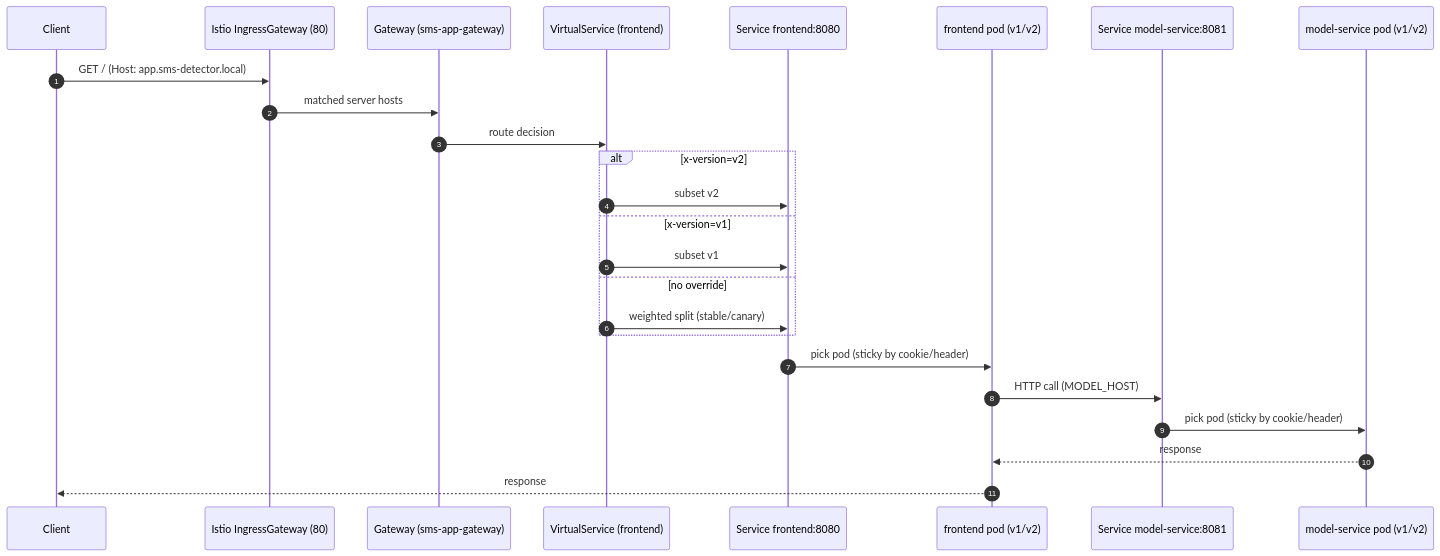
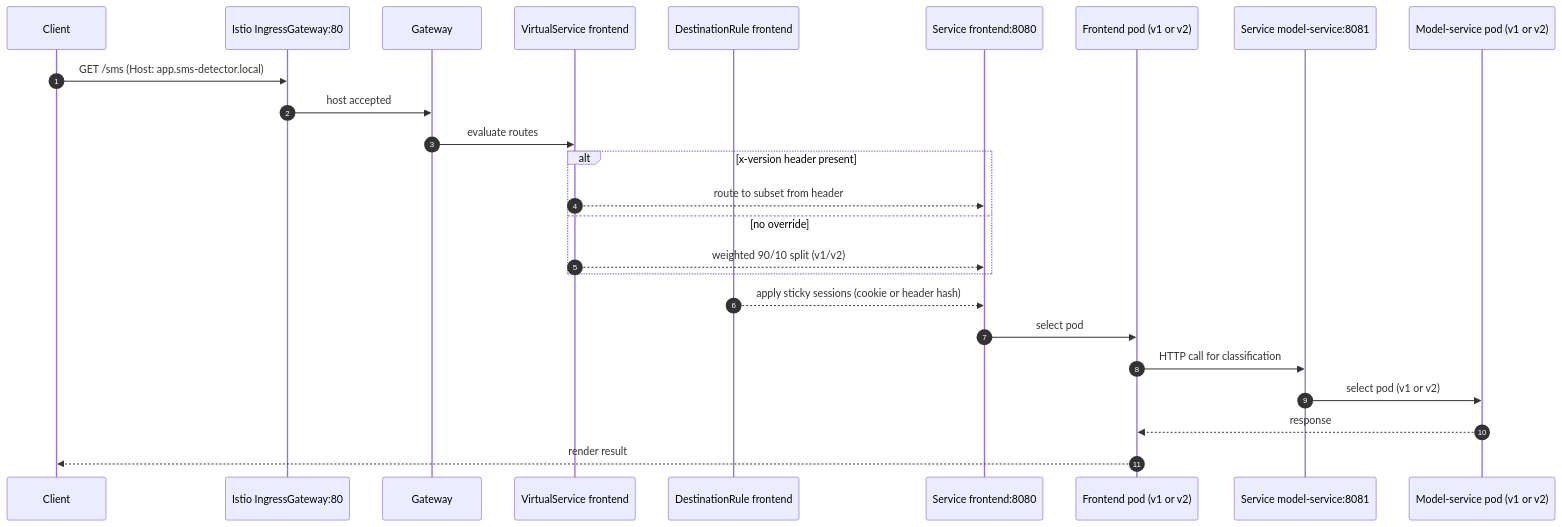
One commit to doda25-team23/operation changed the second of 3 diagrams in docs/deployment.md. Above: the diagram before and after it, drawn with Mermaid. The commit also changed other lines of this file and 1 other file, not shown here.

````diff
--- a/docs/deployment.md
+++ b/docs/deployment.md
@@ -141,28 +197,31 @@
 ```mermaid
 sequenceDiagram
   autonumber
-  participant C as Client
-  participant IGW as Istio IngressGateway (80)
-  participant GW as Gateway (sms-app-gateway)
-  participant VS as VirtualService (frontend)
-  participant FE as Service frontend:8080
-  participant POD as frontend pod (v1/v2)
-  participant MS as Service model-service:8081
-  participant MSP as model-service pod (v1/v2)
+  participant U as Client
+  participant IGW as Istio IngressGateway:80
+  participant GW as Gateway
+  participant VS as VirtualService frontend
+  participant DR as DestinationRule frontend
+  participant SFE as Service frontend:8080
+  participant FE as Frontend pod (v1 or v2)
+  participant SMS as Service model-service:8081
+  participant MS as Model-service pod (v1 or v2)
 
-  C->>IGW: GET / (Host: app.sms-detector.local)
-  IGW->>GW: matched server hosts
-  GW->>VS: route decision
-  alt x-version=v2
-    VS->>FE: subset v2
-  else x-version=v1
-    VS->>FE: subset v1
+  U->>IGW: GET /sms (Host: app.sms-detector.local)
+  IGW->>GW: host accepted
+  GW->>VS: evaluate routes
+
+  alt x-version header present
+    VS-->>SFE: route to subset from header
   else no override
-    VS->>FE: weighted split (stable/canary)
+    VS-->>SFE: weighted 90/10 split (v1/v2)
   end
-  FE->>POD: pick pod (sticky by cookie/header)
-  POD->>MS: HTTP call (MODEL_HOST)
-  MS->>MSP: pick pod (sticky by cookie/header)
-  MSP-->>POD: response
-  POD-->>C: response
+
+  DR-->>SFE: apply sticky sessions (cookie or header hash)
+  SFE->>FE: select pod
+
+  FE->>SMS: HTTP call for classification
+  SMS->>MS: select pod (v1 or v2)
+  MS-->>FE: response
+  FE-->>U: render result
 ```
````
